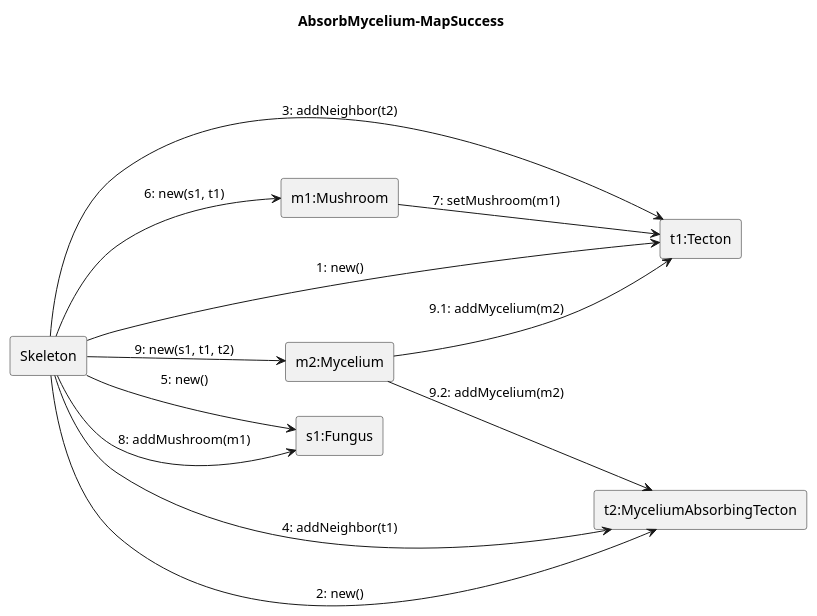
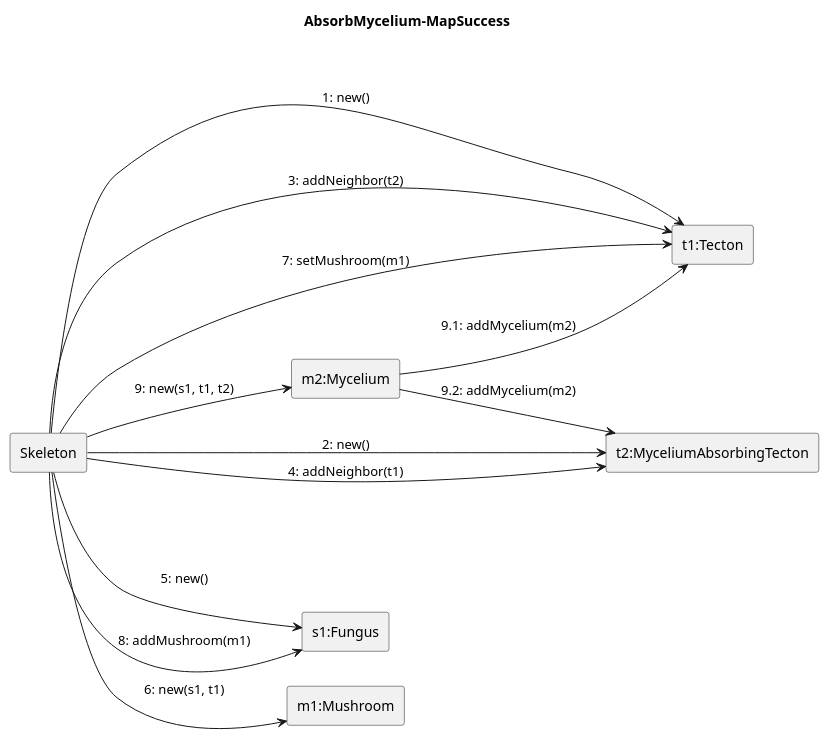
Before and after one commit to ZD4ve/projlab-error521: the diagram in Skeleton/Absorb-mycelium/map-success.puml, drawn with PlantUML.

Commit message:
revert "fix"

```diff
--- a/Skeleton/Absorb-mycelium/map-success.puml
+++ b/Skeleton/Absorb-mycelium/map-success.puml
@@ -1,25 +1,25 @@
 @startuml Absorb-mycelium/map-success
 left to right direction
 title AbsorbMycelium-MapSuccess
 
 rectangle Skeleton
 
 rectangle "t1:Tecton" as t1
 rectangle "t2:MyceliumAbsorbingTecton" as t2
 rectangle "s1:Fungus" as s1
 rectangle "m1:Mushroom" as m1
 rectangle "m2:Mycelium" as m2
 
 Skeleton --> t1: 1: new()
 Skeleton --> t2: 2: new()
 Skeleton --> t1: 3: addNeighbor(t2)
 Skeleton --> t2: 4: addNeighbor(t1)
 Skeleton --> s1 : 5: new()
 Skeleton --> m1: 6: new(s1, t1)
-m1 --> t1 : 7: setMushroom(m1)
+Skeleton --> t1 : 7: setMushroom(m1)
 Skeleton --> s1: 8: addMushroom(m1)
 Skeleton --> m2: 9: new(s1, t1, t2)
 m2 --> t1 : 9.1: addMycelium(m2)
 m2 --> t2 : 9.2: addMycelium(m2)
 
 @enduml
```
